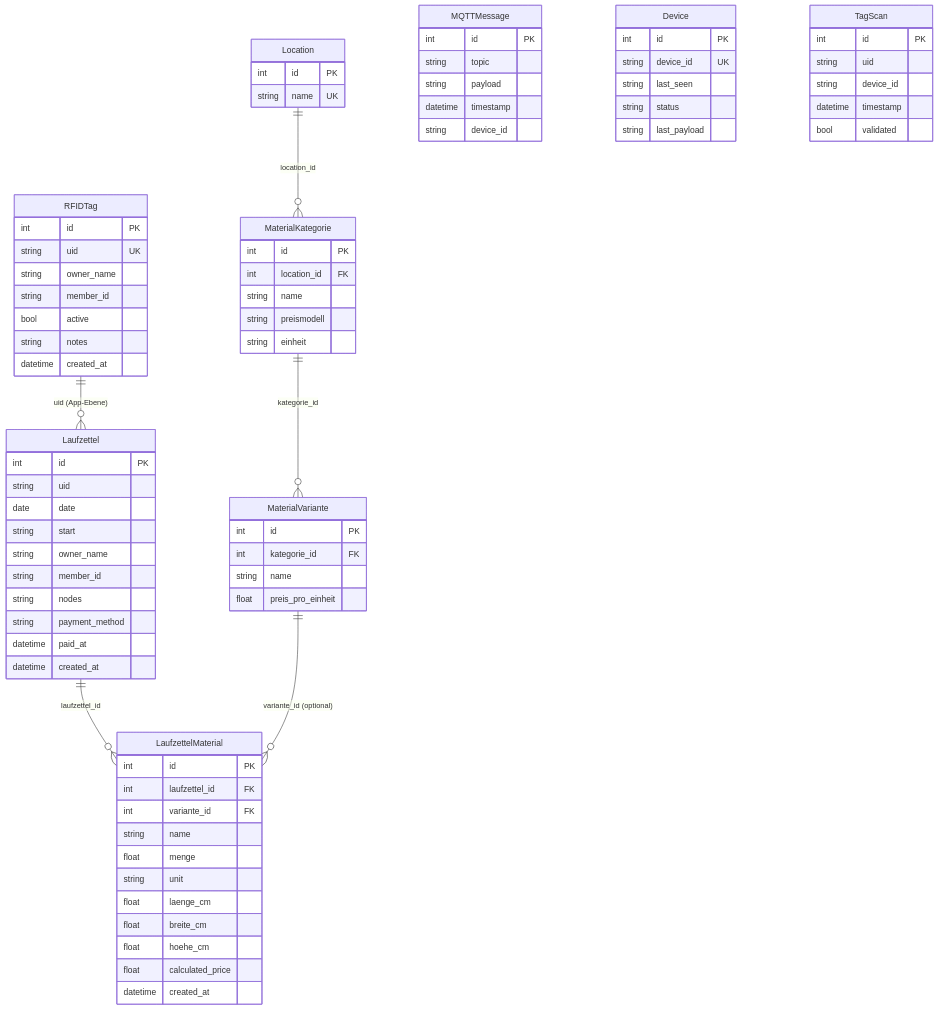
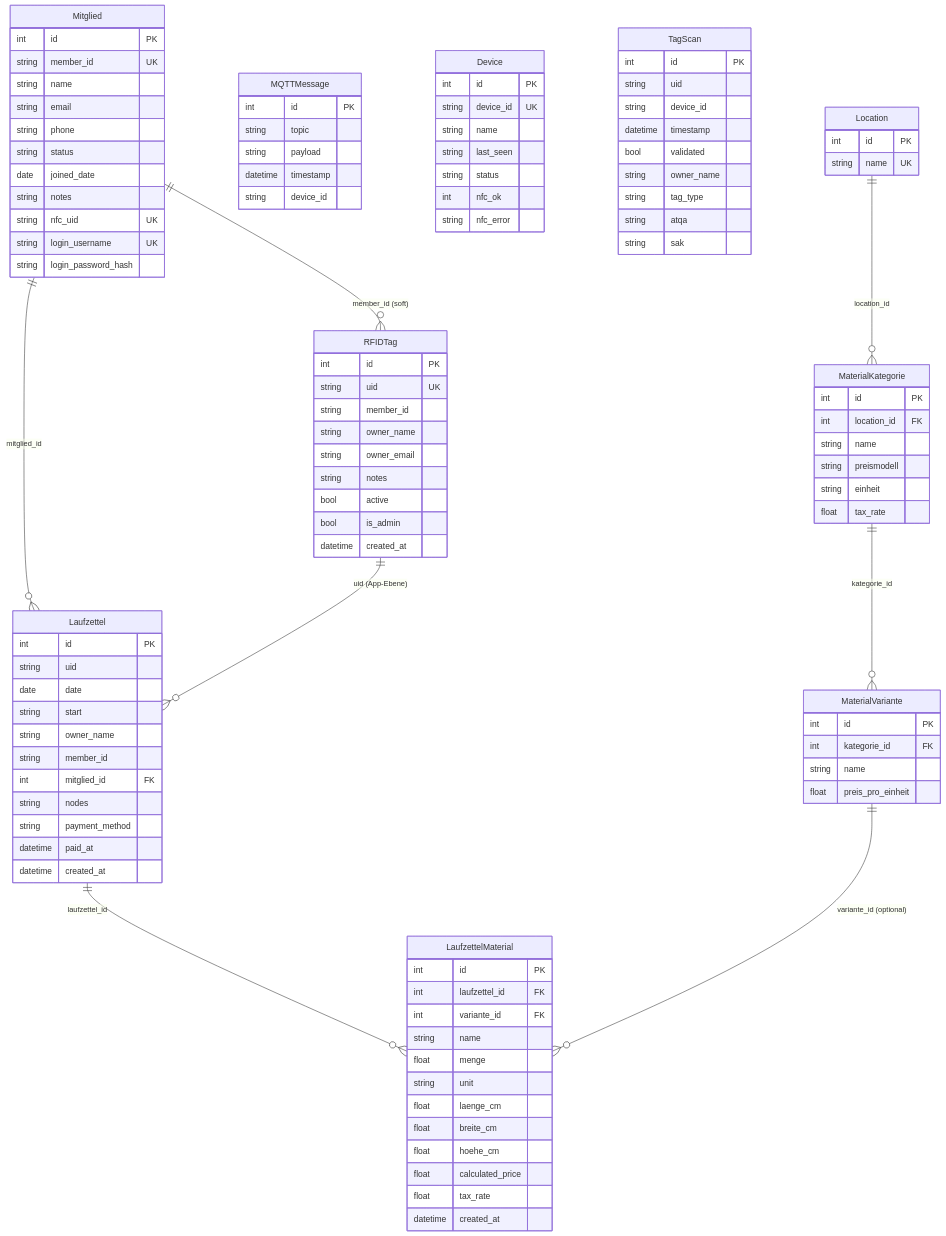
One commit to AlexErlewein/MakerPi_GroundControl changed the first of 2 diagrams in docs/07-database-model.de.md. Above: the diagram before and after it, drawn with Mermaid. The commit also changed other lines of this file and 5 other files, not shown here.

```diff
--- a/docs/07-database-model.de.md
+++ b/docs/07-database-model.de.md
@@ -21,10 +41,12 @@
     RFIDTag {
         int id PK
         string uid UK
+        string member_id
         string owner_name
-        string member_id
+        string owner_email
+        string notes
         bool active
-        string notes
+        bool is_admin
         datetime created_at
     }
     Laufzettel {
@@ -34,6 +56,7 @@
         string start
         string owner_name
         string member_id
+        int mitglied_id FK
         string nodes
         string payment_method
         datetime paid_at
@@ -50,6 +73,7 @@
         float breite_cm
         float hoehe_cm
         float calculated_price
+        float tax_rate
         datetime created_at
     }
     Location {
@@ -62,6 +86,7 @@
         string name
         string preismodell
         string einheit
+        float tax_rate
     }
     MaterialVariante {
         int id PK
@@ -79,9 +104,11 @@
     Device {
         int id PK
         string device_id UK
+        string name
         string last_seen
         string status
-        string last_payload
+        int nfc_ok
+        string nfc_error
     }
     TagScan {
         int id PK
@@ -89,8 +116,27 @@
         string device_id
         datetime timestamp
         bool validated
+        string owner_name
+        string tag_type
+        string atqa
+        string sak
+    }
+    Mitglied {
+        int id PK
+        string member_id UK
+        string name
+        string email
+        string phone
+        string status
+        date joined_date
+        string notes
+        string nfc_uid UK
+        string login_username UK
+        string login_password_hash
     }
 
+    Mitglied ||--o{ RFIDTag : "member_id (soft)"
+    Mitglied ||--o{ Laufzettel : "mitglied_id"
     RFIDTag ||--o{ Laufzettel : "uid (App-Ebene)"
     Laufzettel ||--o{ LaufzettelMaterial : "laufzettel_id"
     Location ||--o{ MaterialKategorie : "location_id"
```
